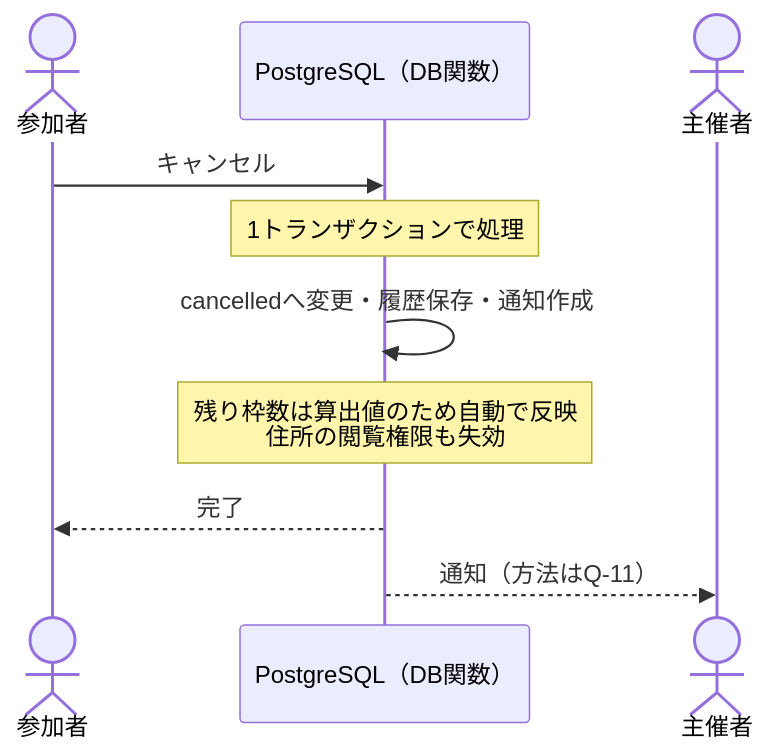
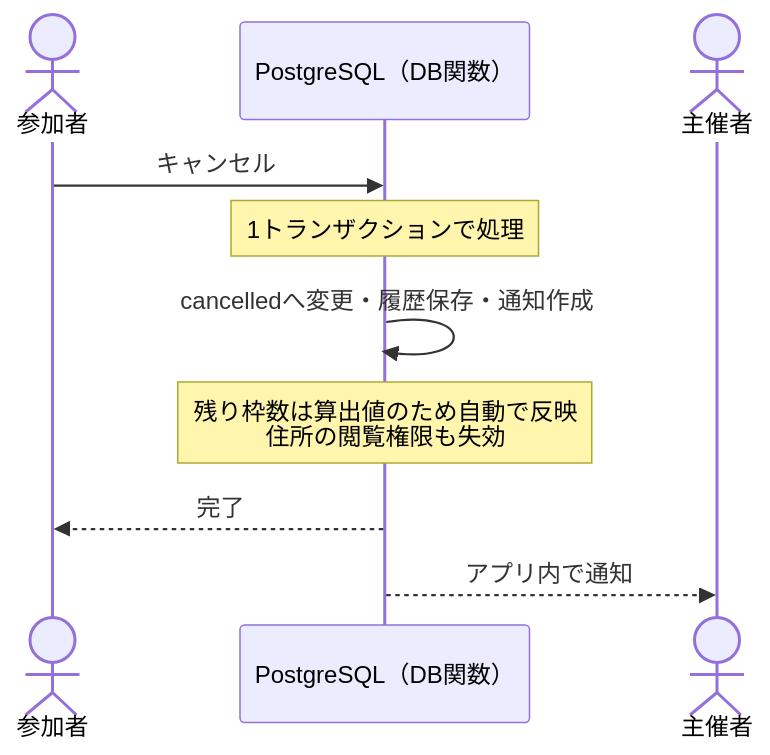
Before and after one commit to sysnovastudio-byte/nagoya-volleyball-matching: the fifth of 8 diagrams in docs/07_システムアーキテクチャ.md, drawn with Mermaid. The commit also changed other lines of this file and 10 other files, not shown here.

````diff
--- a/docs/07_システムアーキテクチャ.md
+++ b/docs/07_システムアーキテクチャ.md
@@ -129,12 +132,12 @@
 ```mermaid
 sequenceDiagram
     actor P as 参加者
     participant D as PostgreSQL（DB関数）
     actor H as 主催者
     P->>D: キャンセル
     Note over D: 1トランザクションで処理
     D->>D: cancelledへ変更・履歴保存・通知作成
     Note over D: 残り枠数は算出値のため自動で反映<br/>住所の閲覧権限も失効
     D-->>P: 完了
-    D-->>H: 通知（方法はQ-11）
+    D-->>H: アプリ内で通知
 ```
````
